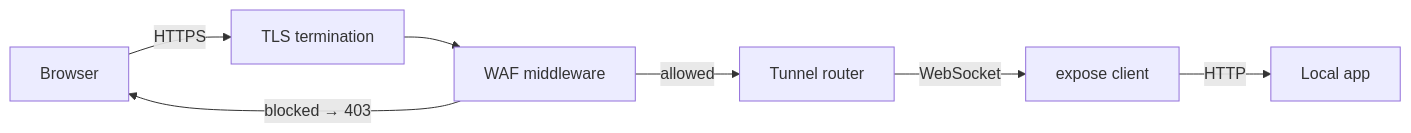
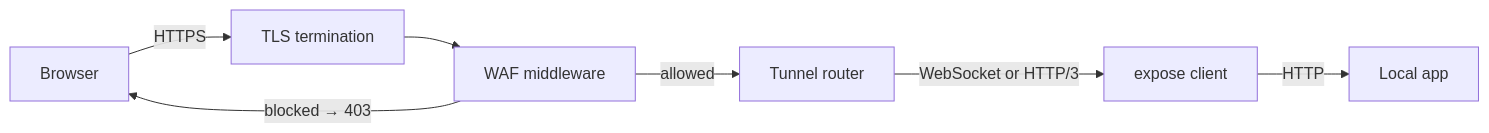
The diagram in docs/waf.md (koltyakov/expose), drawn with Mermaid before and after one commit. The commit also changed other lines of this file and 24 other files, not shown here.

````diff
--- a/docs/waf.md
+++ b/docs/waf.md
@@ -103,9 +102,9 @@
 ```mermaid
 flowchart LR
     Browser -- "HTTPS" --> TLS["TLS termination"]
     TLS --> WAF["WAF middleware"]
     WAF -- "blocked → 403" --> Browser
     WAF -- "allowed" --> Router["Tunnel router"]
-    Router -- "WebSocket" --> Client["expose client"]
+    Router -- "WebSocket or HTTP/3" --> Client["expose client"]
     Client -- "HTTP" --> App["Local app"]
 ```
````
